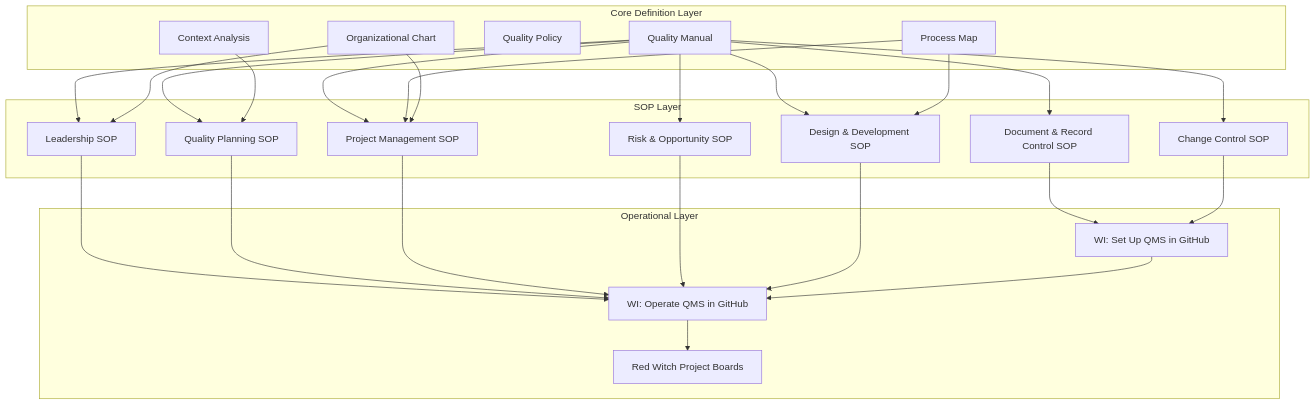
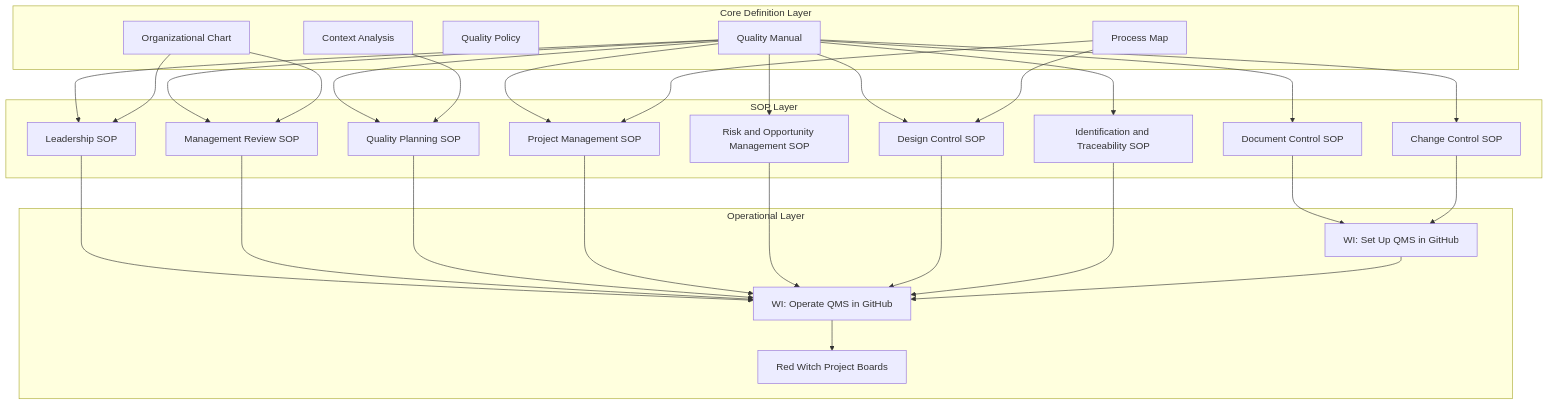
One commit to Floating-Eye-Software/fley-qms changed the first of 2 diagrams in QMS/Process-Map.md. Above: the diagram before and after it, drawn with Mermaid. The commit also changed other lines of this file and 1 other file, not shown here.

Commit message:
update QMS workflows for current SOPs, refs #6

````diff
--- a/QMS/Process-Map.md
+++ b/QMS/Process-Map.md
@@ -14,55 +14,63 @@
 ```mermaid
 flowchart TD
     %% Core Definition Layer
     subgraph Core[Core Definition Layer]
         QM[Quality Manual]
         CA[Context Analysis]
         QP[Quality Policy]
         PM[Process Map]
         OC[Organizational Chart]
     end
 
     %% SOP Layer
     subgraph SOP[SOP Layer]
-        SOP3[Document & Record Control SOP]
-        SOP4[Change Control SOP]
-        SOP5[Leadership SOP]
-        SOP6[Quality Planning SOP]
-        SOP7[Project Management SOP]
-        SOP8[Risk & Opportunity SOP]
-        SOP9[Design & Development SOP]
+        SOP1[Document Control SOP]
+        SOP2[Change Control SOP]
+        SOP3[Leadership SOP]
+        SOP4[Management Review SOP]
+        SOP5[Quality Planning SOP]
+        SOP6[Project Management SOP]
+        SOP7[Risk and Opportunity Management SOP]
+        SOP8[Design Control SOP]
+        SOP9[Identification and Traceability SOP]
     end
 
     %% Operational Layer
     subgraph WI[Operational Layer]
         WISetup[WI: Set Up QMS in GitHub]
         WIOperate[WI: Operate QMS in GitHub]
         ProductBoards[Red Witch Project Boards]
     end
 
-    %% Connections
+    %% Connections between Core and SOPs
+    QM --> SOP1
+    QM --> SOP2
     QM --> SOP3
     QM --> SOP4
     QM --> SOP5
     QM --> SOP6
     QM --> SOP7
     QM --> SOP8
     QM --> SOP9
 
-    CA --> SOP6
-    PM --> SOP7
-    PM --> SOP9
-    OC --> SOP5
-    OC --> SOP7
+    CA --> SOP5
+    PM --> SOP6
+    PM --> SOP8
+    OC --> SOP3
+    OC --> SOP4
 
-    SOP3 --> WISetup
-    SOP4 --> WISetup
+    %% SOPs to Operational Layer
+    SOP1 --> WISetup
+    SOP2 --> WISetup
+    SOP3 --> WIOperate
+    SOP4 --> WIOperate
     SOP5 --> WIOperate
     SOP6 --> WIOperate
     SOP7 --> WIOperate
     SOP8 --> WIOperate
     SOP9 --> WIOperate
 
+    %% Workflow progression
     WISetup --> WIOperate
     WIOperate --> ProductBoards
 ```
````
